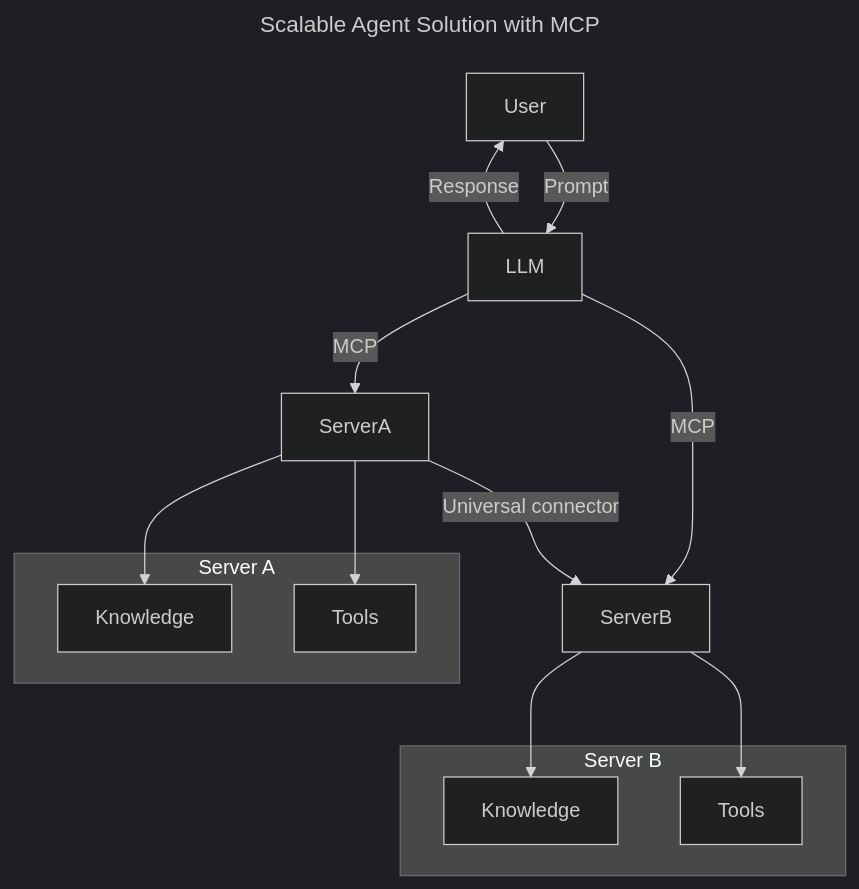
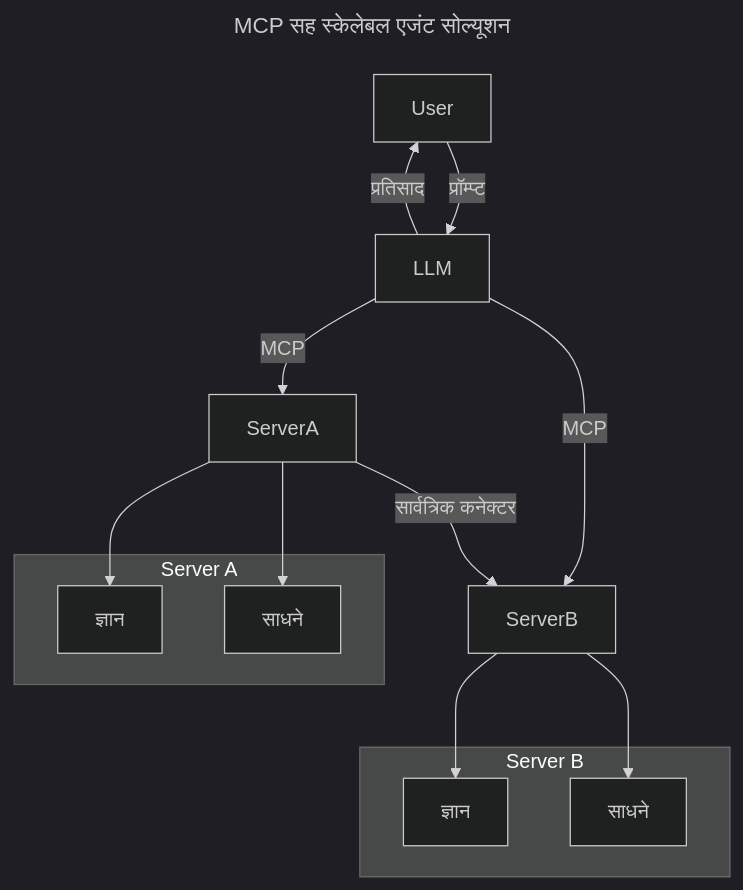
The second of 3 diagrams in translations/mr/00-Introduction/README.md (Mu-L/mcp-for-beginners), drawn with Mermaid (dark theme) before and after one commit. The commit also changed other lines of this file and 110 other files, not shown here.

````diff
--- a/translations/mr/00-Introduction/README.md
+++ b/translations/mr/00-Introduction/README.md
@@ -185,26 +193,26 @@
 ```mermaid
 ---
-title: Scalable Agent Solution with MCP
-description: A diagram illustrating how a user interacts with an LLM that connects to multiple MCP servers, with each server providing both knowledge and tools, creating a scalable AI system architecture
+title: MCP सह स्केलेबल एजंट सोल्यूशन
+description: एक आकृती जी दर्शवते की वापरकर्ता कसे LLM शी संवाद साधतो जे अनेक MCP सर्वरशी जोडलेले आहे, प्रत्येक सर्वर ज्ञान आणि साधने दोन्ही प्रदान करते, ज्यामुळे एक स्केलेबल AI प्रणाली आर्किटेक्चर तयार होते
 ---
 graph TD
-    User -->|Prompt| LLM
-    LLM -->|Response| User
+    User -->|प्रॉम्प्ट| LLM
+    LLM -->|प्रतिसाद| User
     LLM -->|MCP| ServerA
     LLM -->|MCP| ServerB
-    ServerA -->|Universal connector| ServerB
+    ServerA -->|सार्वत्रिक कनेक्टर| ServerB
     ServerA --> KnowledgeA
     ServerA --> ToolsA
     ServerB --> KnowledgeB
     ServerB --> ToolsB
 
     subgraph Server A
-        KnowledgeA[Knowledge]
-        ToolsA[Tools]
+        KnowledgeA[ज्ञान]
+        ToolsA[साधने]
     end
 
     subgraph Server B
-        KnowledgeB[Knowledge]
-        ToolsB[Tools]
+        KnowledgeB[ज्ञान]
+        ToolsB[साधने]
     end
 ```
````
